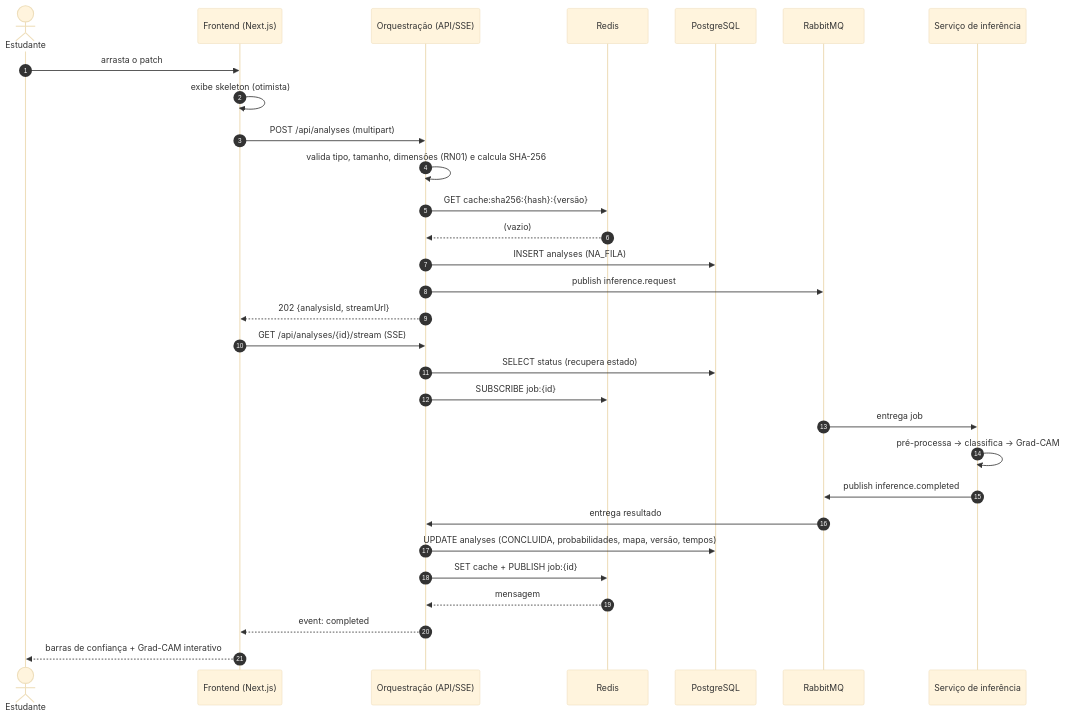
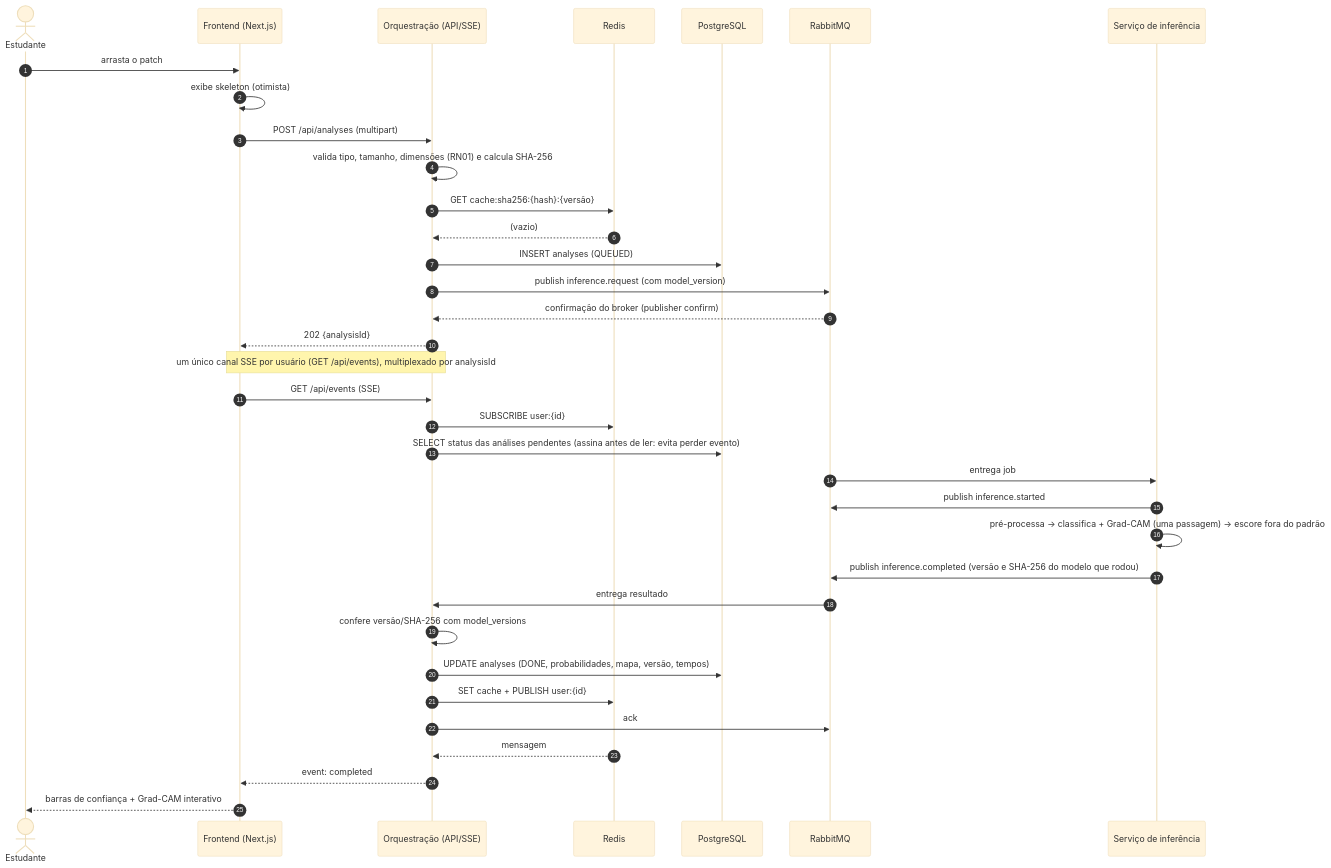
Before and after one commit to Umizin/histolente: the fourth of 8 diagrams in docs/projeto/02-modelagem-estrutural-comportamental.md, drawn with Mermaid (base theme). The commit also changed other lines of this file and 33 other files, not shown here.

````diff
--- a/docs/projeto/02-modelagem-estrutural-comportamental.md
+++ b/docs/projeto/02-modelagem-estrutural-comportamental.md
@@ -247,32 +255,37 @@
 ```mermaid
 sequenceDiagram
     autonumber
     actor U as Estudante
     participant FE as Frontend (Next.js)
     participant BE as Orquestração (API/SSE)
     participant RD as Redis
     participant PG as PostgreSQL
     participant MQ as RabbitMQ
     participant WK as Serviço de inferência
     U->>FE: arrasta o patch
     FE->>FE: exibe skeleton (otimista)
     FE->>BE: POST /api/analyses (multipart)
     BE->>BE: valida tipo, tamanho, dimensões (RN01) e calcula SHA-256
     BE->>RD: GET cache:sha256:{hash}:{versão}
     RD-->>BE: (vazio)
-    BE->>PG: INSERT analyses (NA_FILA)
-    BE->>MQ: publish inference.request
-    BE-->>FE: 202 {analysisId, streamUrl}
-    FE->>BE: GET /api/analyses/{id}/stream (SSE)
-    BE->>PG: SELECT status (recupera estado)
-    BE->>RD: SUBSCRIBE job:{id}
+    BE->>PG: INSERT analyses (QUEUED)
+    BE->>MQ: publish inference.request (com model_version)
+    MQ-->>BE: confirmação do broker (publisher confirm)
+    BE-->>FE: 202 {analysisId}
+    Note over FE,BE: um único canal SSE por usuário (GET /api/events), multiplexado por analysisId
+    FE->>BE: GET /api/events (SSE)
+    BE->>RD: SUBSCRIBE user:{id}
+    BE->>PG: SELECT status das análises pendentes (assina antes de ler: evita perder evento)
     MQ->>WK: entrega job
-    WK->>WK: pré-processa → classifica → Grad-CAM
-    WK->>MQ: publish inference.completed
+    WK->>MQ: publish inference.started
+    WK->>WK: pré-processa → classifica + Grad-CAM (uma passagem) → escore fora do padrão
+    WK->>MQ: publish inference.completed (versão e SHA-256 do modelo que rodou)
     MQ->>BE: entrega resultado
-    BE->>PG: UPDATE analyses (CONCLUIDA, probabilidades, mapa, versão, tempos)
-    BE->>RD: SET cache + PUBLISH job:{id}
+    BE->>BE: confere versão/SHA-256 com model_versions
+    BE->>PG: UPDATE analyses (DONE, probabilidades, mapa, versão, tempos)
+    BE->>RD: SET cache + PUBLISH user:{id}
+    BE->>MQ: ack
     RD-->>BE: mensagem
     BE-->>FE: event: completed
     FE-->>U: barras de confiança + Grad-CAM interativo
 ```
````
